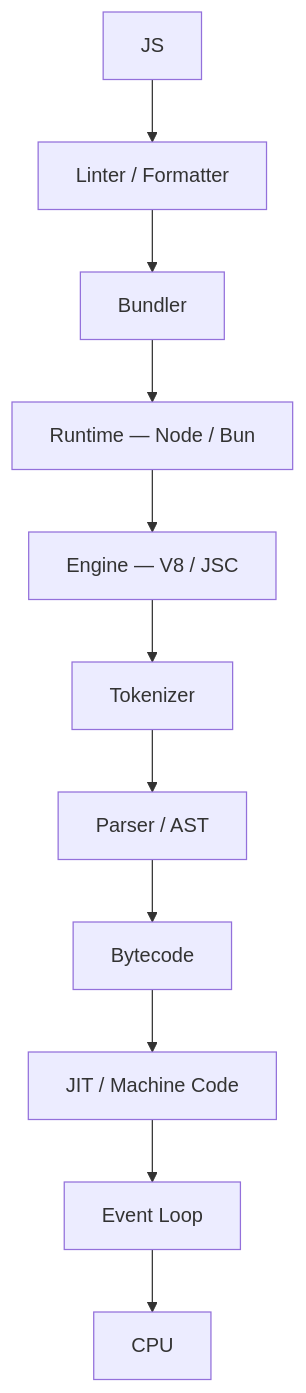
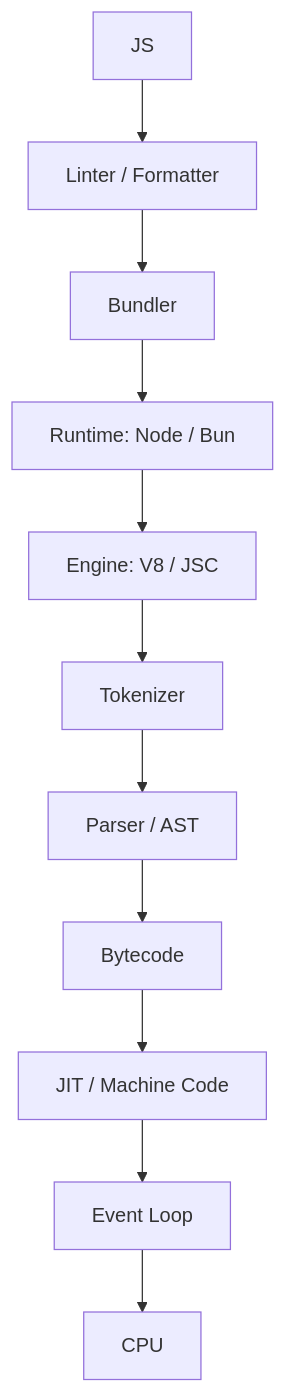
One commit to thaletto/thaletto changed the diagram in src/content/blog/the-great-pyramid-of-js/index.mdx. Above: the diagram before and after it, drawn with Mermaid. The commit also changed other lines of this file, not shown here.

````diff
--- a/src/content/blog/the-great-pyramid-of-js/index.mdx
+++ b/src/content/blog/the-great-pyramid-of-js/index.mdx
@@ -189,25 +189,25 @@
 ```mermaid
 flowchart TD
     A["JS"]
     B["Linter / Formatter"]
     C["Bundler"]
-    D["Runtime — Node / Bun"]
-    E["Engine — V8 / JSC"]
+    D["Runtime: Node / Bun"]
+    E["Engine: V8 / JSC"]
     F["Tokenizer"]
     G["Parser / AST"]
     H["Bytecode"]
     I["JIT / Machine Code"]
     J["Event Loop"]
     K["CPU"]
 
     A --> B
     B --> C
     C --> D
     D --> E
     E --> F
     F --> G
     G --> H
     H --> I
     I --> J
     J --> K
 ```
````
